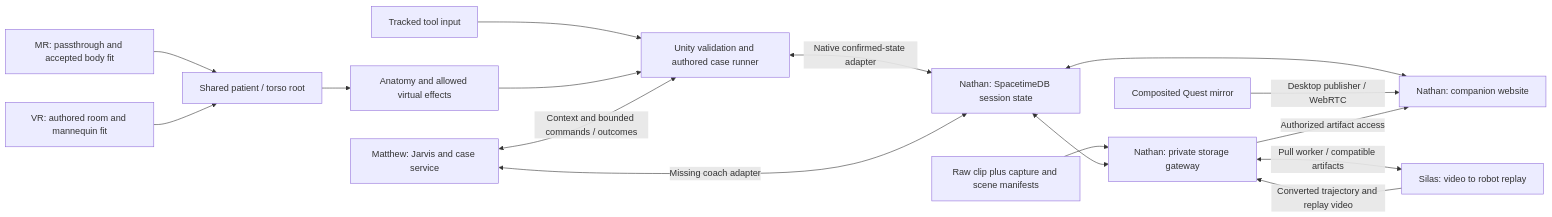
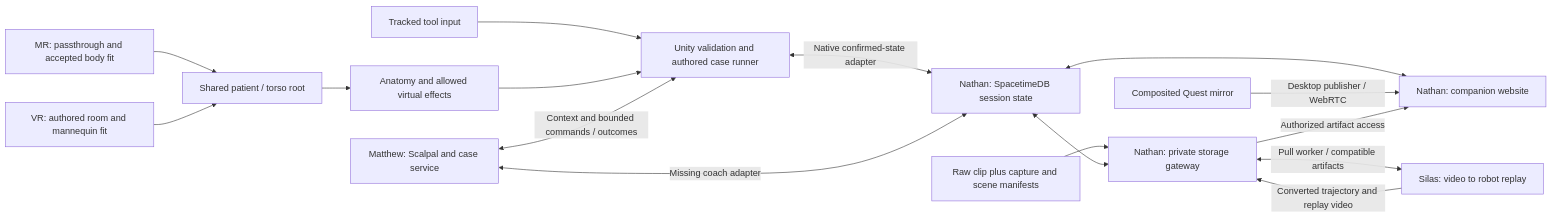
One commit to stephenhungg/scalpal changed the diagram in docs/system-integration.md. Above: the diagram before and after it, drawn with Mermaid. The commit also changed other lines of this file and 113 other files, not shown here.

First line of the commit message:
rename the coach from Jarvis to Scalpal

````diff
--- a/docs/system-integration.md
+++ b/docs/system-integration.md
@@ -177,18 +177,18 @@
 ```mermaid
 flowchart LR
     M[MR: passthrough and accepted body fit] --> P[Shared patient / torso root]
     V[VR: authored room and mannequin fit] --> P
     P --> A[Anatomy and allowed virtual effects]
     T[Tracked tool input] --> E[Unity validation and authored case runner]
     A --> E
-    J[Matthew: Jarvis and case service] <-->|Context and bounded commands / outcomes| E
+    J[Matthew: Scalpal and case service] <-->|Context and bounded commands / outcomes| E
     E <-->|Native confirmed-state adapter| D[Nathan: SpacetimeDB session state]
     J <-->|Missing coach adapter| D
     D <--> C[Nathan: companion website]
     Q[Composited Quest mirror] -->|Desktop publisher / WebRTC| C
     R[Raw clip plus capture and scene manifests] --> G[Nathan: private storage gateway]
     D <--> G
     G <-->|Pull worker / compatible artifacts| W[Silas: video to robot replay]
     W -->|Converted trajectory and replay video| G
     G -->|Authorized artifact access| C
 ```
````
